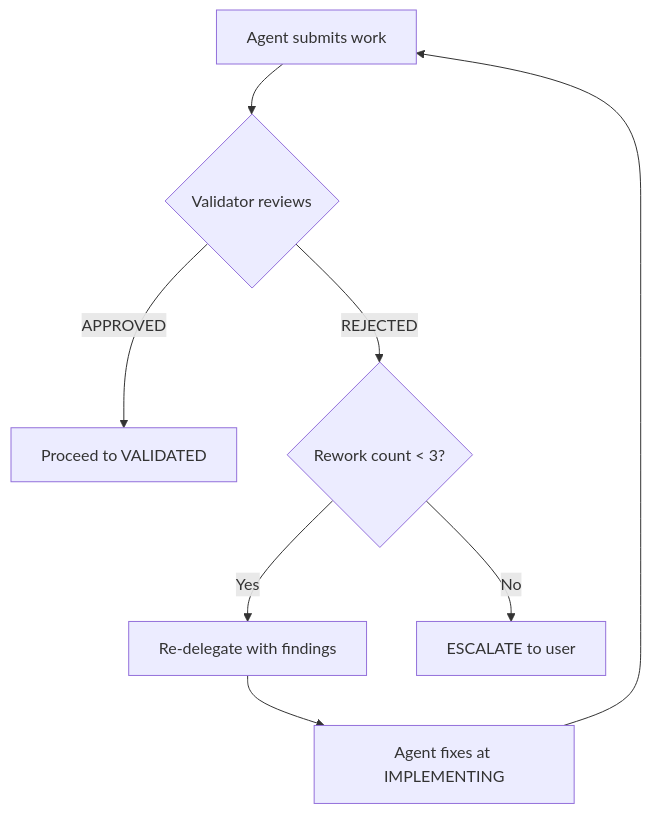
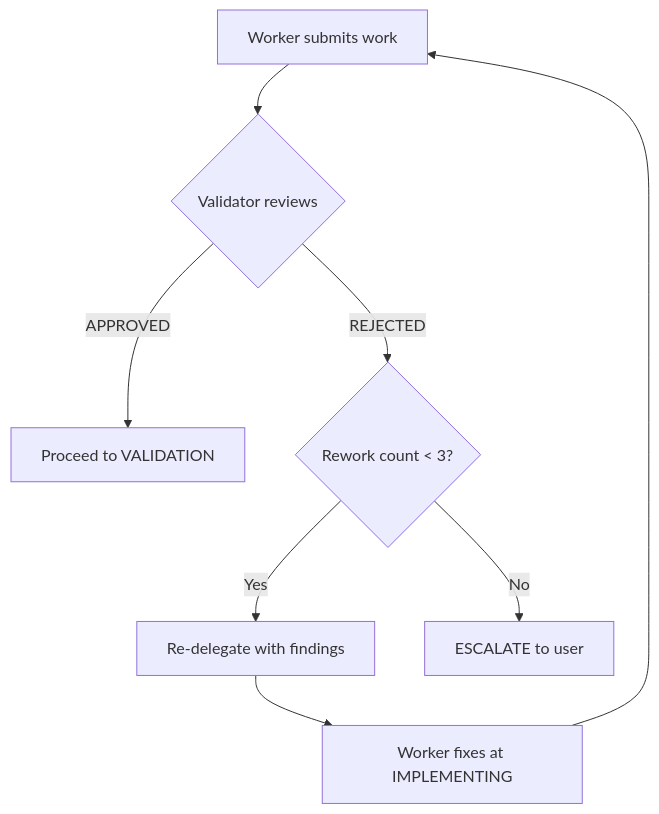
The fifth of 5 diagrams in .github/ARCHITECTURE.md (ReaperOAK/vibecoding), drawn with Mermaid before and after one commit. The commit also changed other lines of this file and 24 other files, not shown here.

````diff
--- a/.github/ARCHITECTURE.md
+++ b/.github/ARCHITECTURE.md
@@ -1000,10 +1311,10 @@
 ```mermaid
 flowchart TD
-    A[Agent submits work] --> B{Validator reviews}
-    B -->|APPROVED| C[Proceed to VALIDATED]
+    A[Worker submits work] --> B{Validator reviews}
+    B -->|APPROVED| C[Proceed to VALIDATION]
     B -->|REJECTED| D{Rework count < 3?}
     D -->|Yes| E[Re-delegate with findings]
-    E --> F[Agent fixes at IMPLEMENTING]
+    E --> F[Worker fixes at IMPLEMENTING]
     F --> A
     D -->|No| G[ESCALATE to user]
 ```
````
